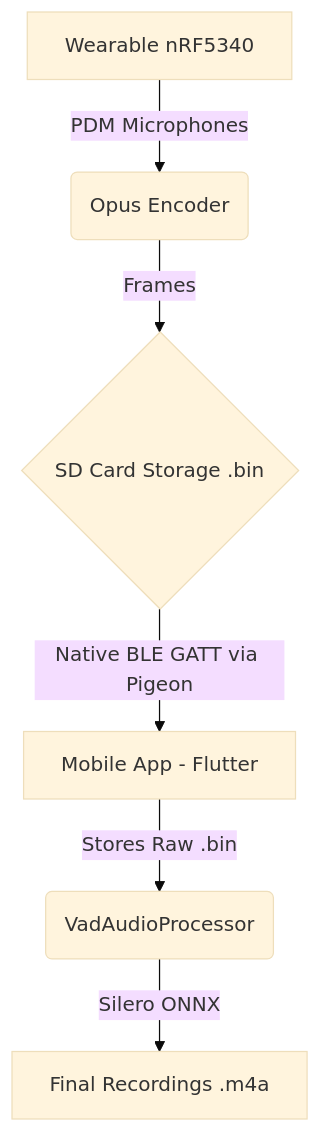
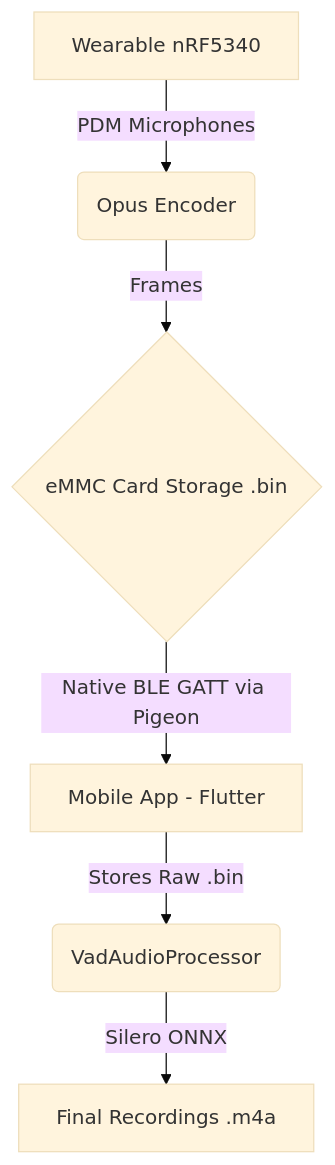
Before and after one commit to john-gitdev/omi-offline: the diagram in README.md, drawn with Mermaid (base theme). The commit also changed other lines of this file, not shown here.

````diff
--- a/README.md
+++ b/README.md
@@ -32,8 +32,8 @@
 ```mermaid
 graph TD
     A[Wearable nRF5340] -->|PDM Microphones| B(Opus Encoder)
-    B -->|Frames| C{SD Card Storage .bin}
+    B -->|Frames| C{eMMC Card Storage .bin}
     C -->|Native BLE GATT via Pigeon| D[Mobile App - Flutter]
     D -->|Stores Raw .bin| E(VadAudioProcessor)
     E -->|Silero ONNX| F[Final Recordings .m4a]
 ```
````
